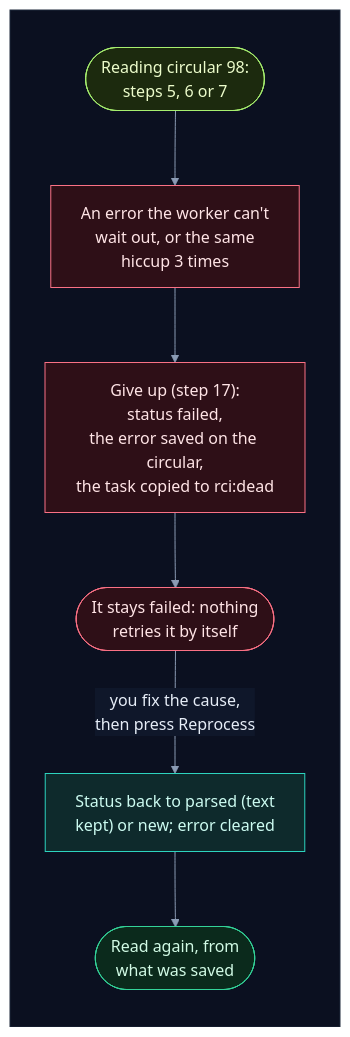
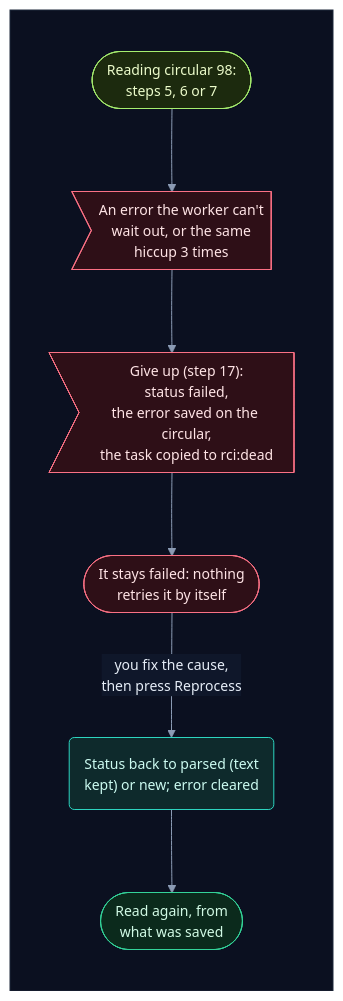
The tenth of 45 diagrams in backend/worker/INTERNALS.md (selvakumarperumal/Regulatory_Circular_Impact_Agent), drawn with Mermaid before and after one commit. The commit also changed other lines of this file and 5 other files, not shown here.

Commit message:
Give the docs' flowcharts a shape per kind of part, more room and slightly smaller text

````diff
--- a/backend/worker/INTERNALS.md
+++ b/backend/worker/INTERNALS.md
@@ -579,27 +579,27 @@
 ```mermaid
-%%{init: {"theme": "base", "flowchart": {"diagramPadding": 0}, "themeVariables": {"darkMode": true, "primaryColor": "#16213a", "primaryTextColor": "#e6edf7", "primaryBorderColor": "#475a7a", "lineColor": "#8b9bb4", "secondaryColor": "#1b2436", "tertiaryColor": "#101a2e", "edgeLabelBackground": "#0f172a", "textColor": "#e2e8f0", "clusterBkg": "#0f1728", "clusterBorder": "#2b3a55", "titleColor": "#c4b5fd", "nodeTextColor": "#e6edf7"}}}%%
+%%{init: {"theme": "base", "flowchart": {"diagramPadding": 0, "nodeSpacing": 58, "rankSpacing": 58, "curve": "basis"}, "themeVariables": {"fontSize": "14px", "darkMode": true, "primaryColor": "#16213a", "primaryTextColor": "#e6edf7", "primaryBorderColor": "#475a7a", "lineColor": "#8b9bb4", "secondaryColor": "#1b2436", "tertiaryColor": "#101a2e", "edgeLabelBackground": "#0f172a", "textColor": "#e2e8f0", "clusterBkg": "#0f1728", "clusterBorder": "#2b3a55", "titleColor": "#c4b5fd", "nodeTextColor": "#e6edf7"}}}%%
 flowchart TD
     subgraph canvas[" "]
         direction TB
-        a(["Reading circular 98:<br/>steps 5, 6 or 7"]) --> e["An error the worker can't<br/>wait out, or the same<br/>hiccup 3 times"]
-        e --> g["Give up (step 17):<br/>status failed,<br/>the error saved on the circular,<br/>the task copied to rci:dead"]
+        a(["Reading circular 98:<br/>steps 5, 6 or 7"]) --> e>"An error the worker can't<br/>wait out, or the same<br/>hiccup 3 times"]
+        e --> g>"Give up (step 17):<br/>status failed,<br/>the error saved on the circular,<br/>the task copied to rci:dead"]
         g --> st(["It stays failed: nothing<br/>retries it by itself"])
-        st -->|"you fix the cause,<br/>then press Reprocess"| rp["Status back to parsed (text<br/>kept) or new; error cleared"]
+        st -->|"you fix the cause,<br/>then press Reprocess"| rp("Status back to parsed (text<br/>kept) or new; error cleared")
         rp --> again(["Read again, from<br/>what was saved"])
     end
     classDef svc fill:#0e2a2c,stroke:#2dd4bf,color:#ccfbf1
     classDef data fill:#1c1a47,stroke:#818cf8,color:#e0e7ff
     classDef ext fill:#2a1640,stroke:#c084fc,color:#f3e8ff
     classDef gpu fill:#2d1b0c,stroke:#fb923c,color:#ffedd5
     classDef ask fill:#2a2410,stroke:#fbbf24,color:#fef3c7
     classDef ok fill:#0b2a1c,stroke:#34d399,color:#d1fae5
     classDef bad fill:#2e0f17,stroke:#fb7185,color:#ffe4e6
     classDef start fill:#1c2a0e,stroke:#a7ef6f,color:#ecfccb
     classDef muted fill:#1a2130,stroke:#64748b,color:#cbd5e1
     classDef queue fill:#0c2231,stroke:#38bdf8,color:#e0f2fe
     class a start
     class e,g,st bad
     class rp svc
     class again ok
     style canvas fill:#0b1020,stroke:#1e293b,color:#0b1020
 ```
````
